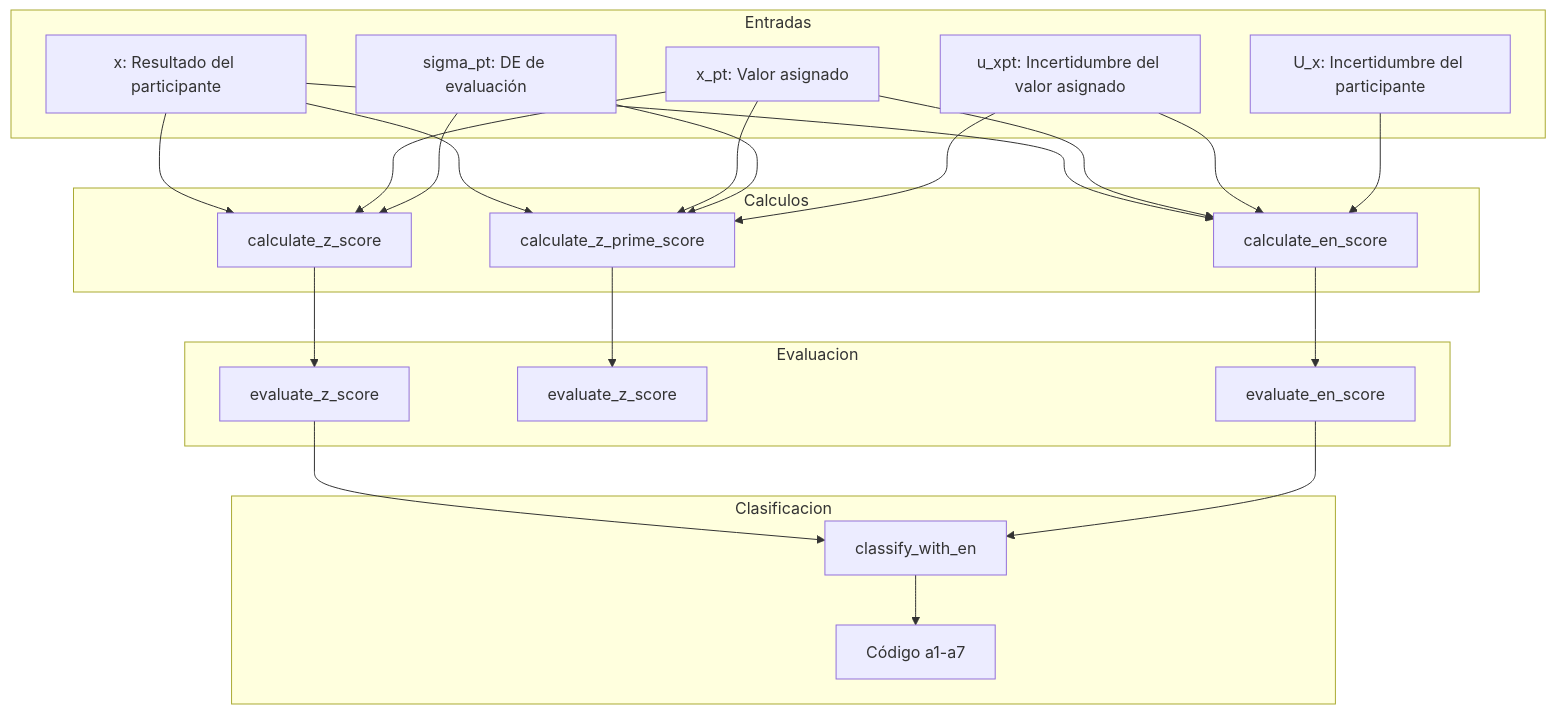
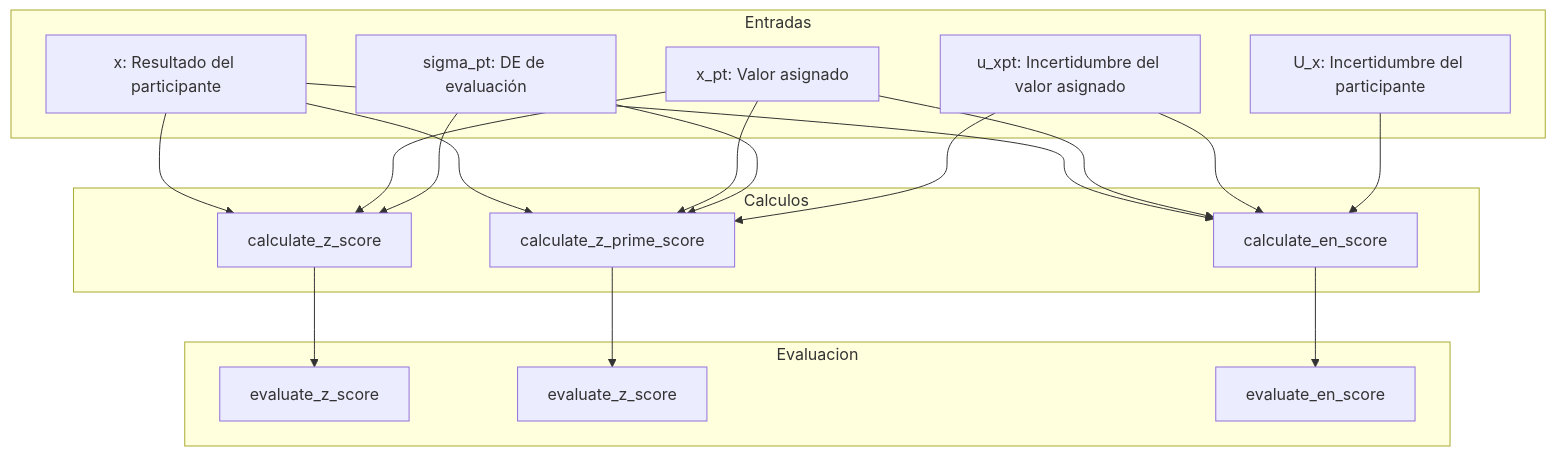
The third of 3 diagrams in es/05_puntajes_pt.md (willl182/pt_app), drawn with Mermaid before and after one commit. The commit also changed other lines of this file and 70 other files, not shown here.

````diff
--- a/es/05_puntajes_pt.md
+++ b/es/05_puntajes_pt.md
@@ -281,27 +221,22 @@
 ```mermaid
 flowchart TD
     subgraph Entradas
         A[x: Resultado del participante]
         B[x_pt: Valor asignado]
         C[sigma_pt: DE de evaluación]
         D[u_xpt: Incertidumbre del valor asignado]
         E[U_x: Incertidumbre del participante]
     end
     
     subgraph Calculos
         A & B & C --> F[calculate_z_score]
         A & B & C & D --> G[calculate_z_prime_score]
         A & B & D & E --> H[calculate_en_score]
     end
     
     subgraph Evaluacion
         F --> I[evaluate_z_score]
         G --> J[evaluate_z_score]
         H --> K[evaluate_en_score]
     end
-    
-    subgraph Clasificacion
-        I & K --> L[classify_with_en]
-        L --> M[Código a1-a7]
-    end
 ```
````
